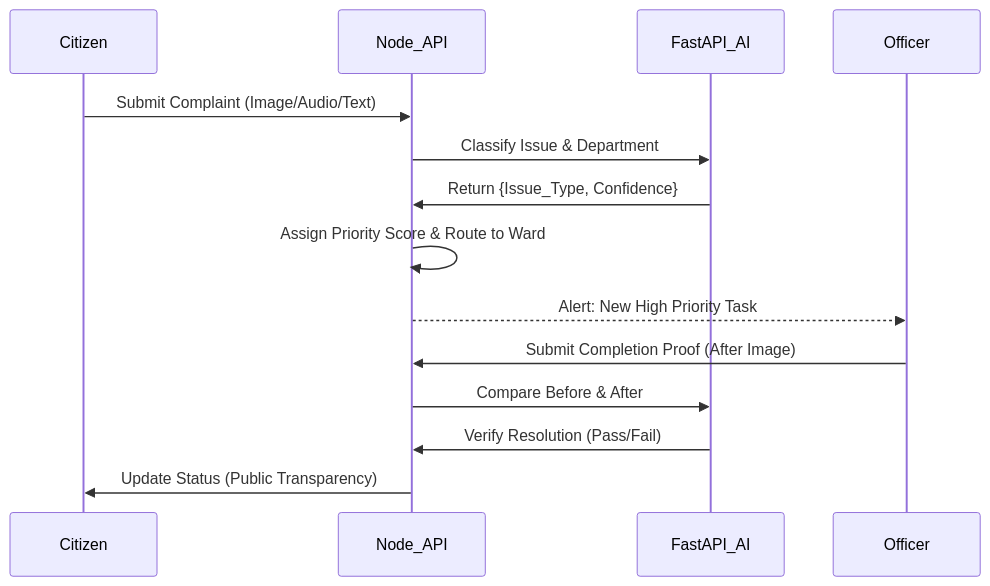
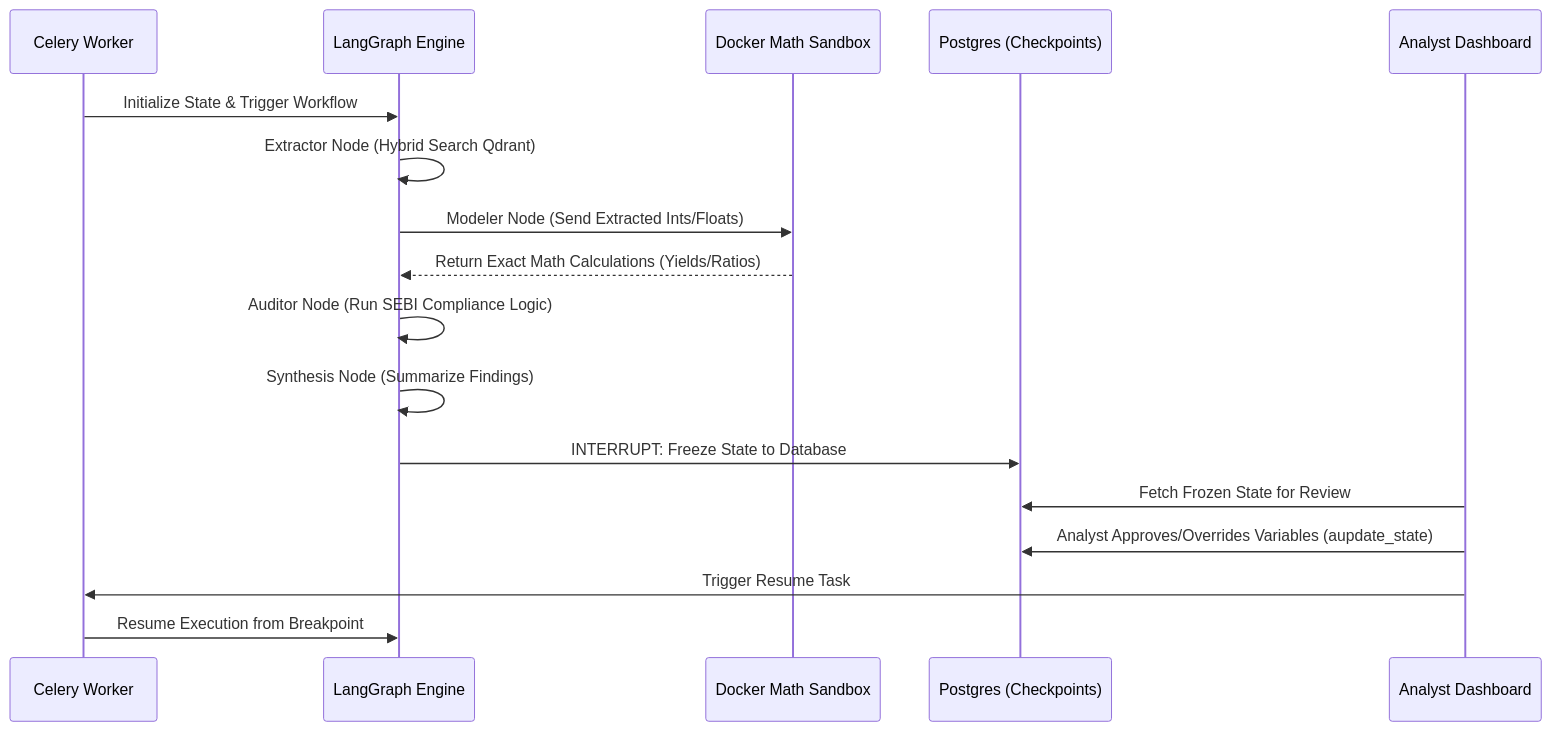
Before and after one commit to aryan252006-creator/Sankalp.irl_new: the second of 2 diagrams in README.md, drawn with Mermaid. The commit also changed other lines of this file, not shown here.

````diff
--- a/README.md
+++ b/README.md
@@ -54,17 +63,20 @@
 ```mermaid
 sequenceDiagram
-    participant Citizen
-    participant Node_API
-    participant FastAPI_AI
-    participant Officer
+    participant Worker as Celery Worker
+    participant Graph as LangGraph Engine
+    participant Sandbox as Docker Math Sandbox
+    participant DB as Postgres (Checkpoints)
+    participant UI as Analyst Dashboard
     
-    Citizen->>Node_API: Submit Complaint (Image/Audio/Text)
-    Node_API->>FastAPI_AI: Classify Issue & Department
-    FastAPI_AI->>Node_API: Return {Issue_Type, Confidence}
-    Node_API->>Node_API: Assign Priority Score & Route to Ward
-    Node_API-->>Officer: Alert: New High Priority Task
-    Officer->>Node_API: Submit Completion Proof (After Image)
-    Node_API->>FastAPI_AI: Compare Before & After 
-    FastAPI_AI->>Node_API: Verify Resolution (Pass/Fail)
-    Node_API->>Citizen: Update Status (Public Transparency)
+    Worker->>Graph: Initialize State & Trigger Workflow
+    Graph->>Graph: Extractor Node (Hybrid Search Qdrant)
+    Graph->>Sandbox: Modeler Node (Send Extracted Ints/Floats)
+    Sandbox-->>Graph: Return Exact Math Calculations (Yields/Ratios)
+    Graph->>Graph: Auditor Node (Run SEBI Compliance Logic)
+    Graph->>Graph: Synthesis Node (Summarize Findings)
+    Graph->>DB: INTERRUPT: Freeze State to Database
+    UI->>DB: Fetch Frozen State for Review
+    UI->>DB: Analyst Approves/Overrides Variables (aupdate_state)
+    UI->>Worker: Trigger Resume Task
+    Worker->>Graph: Resume Execution from Breakpoint
 ```
````
